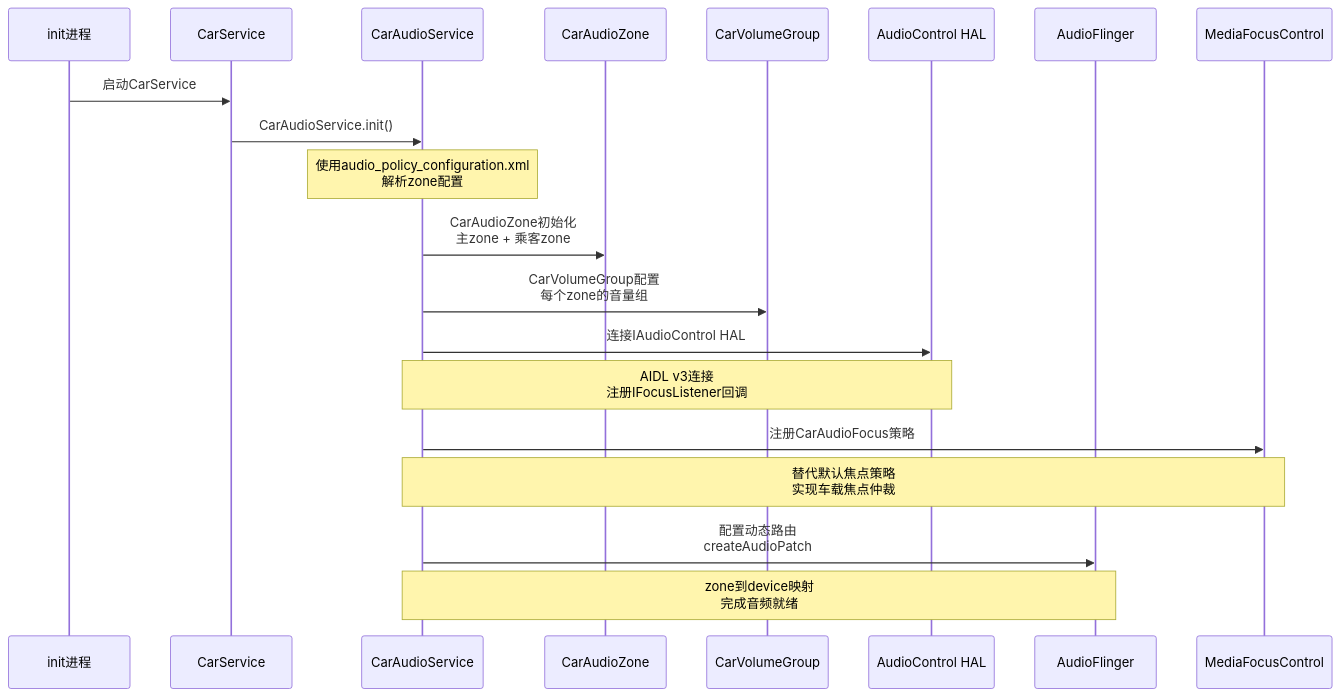
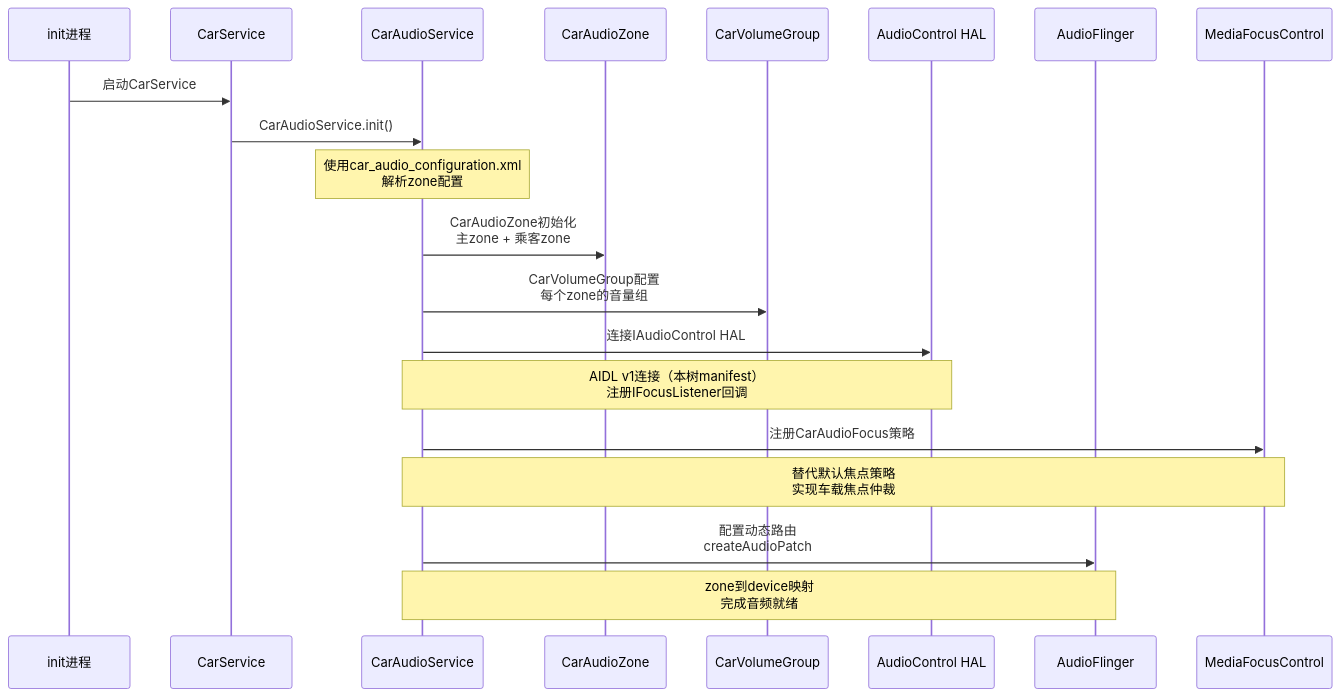
Before and after one commit to yanglinzhen1022/SA8295_AAOS_QNX_Audio_KnowledgeBase: the second of 2 diagrams in 01_Architecture_Overview/01_1.9_系统启动时序_从init到音频就绪.md, drawn with Mermaid. The commit also changed other lines of this file and 10 other files, not shown here.

````diff
--- a/01_Architecture_Overview/01_1.9_系统启动时序_从init到音频就绪.md
+++ b/01_Architecture_Overview/01_1.9_系统启动时序_从init到音频就绪.md
@@ -78,27 +75,27 @@
 ```mermaid
 sequenceDiagram
     participant Init as init进程
     participant CS as CarService
     participant CAS as CarAudioService
     participant CZ as CarAudioZone
     participant CVG as CarVolumeGroup
     participant ACHAL as AudioControl HAL
     participant AF as AudioFlinger
     participant MFC as MediaFocusControl
 
     Init->>CS: 启动CarService
     CS->>CAS: CarAudioService.init()
-    Note over CAS: 使用audio_policy_configuration.xml<br/>解析zone配置
+    Note over CAS: 使用car_audio_configuration.xml<br/>解析zone配置
 
     CAS->>CZ: CarAudioZone初始化<br/>主zone + 乘客zone
     CAS->>CVG: CarVolumeGroup配置<br/>每个zone的音量组
 
     CAS->>ACHAL: 连接IAudioControl HAL
-    Note over CAS,ACHAL: AIDL v3连接<br/>注册IFocusListener回调
+    Note over CAS,ACHAL: AIDL v1连接（本树manifest）<br/>注册IFocusListener回调
 
     CAS->>MFC: 注册CarAudioFocus策略
     Note over CAS,MFC: 替代默认焦点策略<br/>实现车载焦点仲裁
 
     CAS->>AF: 配置动态路由<br/>createAudioPatch
     Note over CAS,AF: zone到device映射<br/>完成音频就绪
 ```
````
